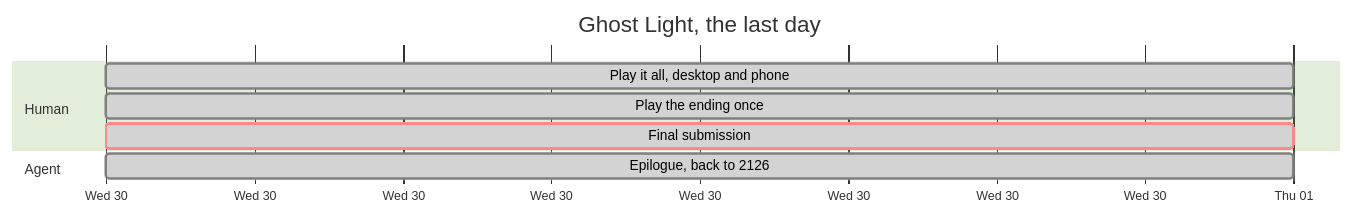
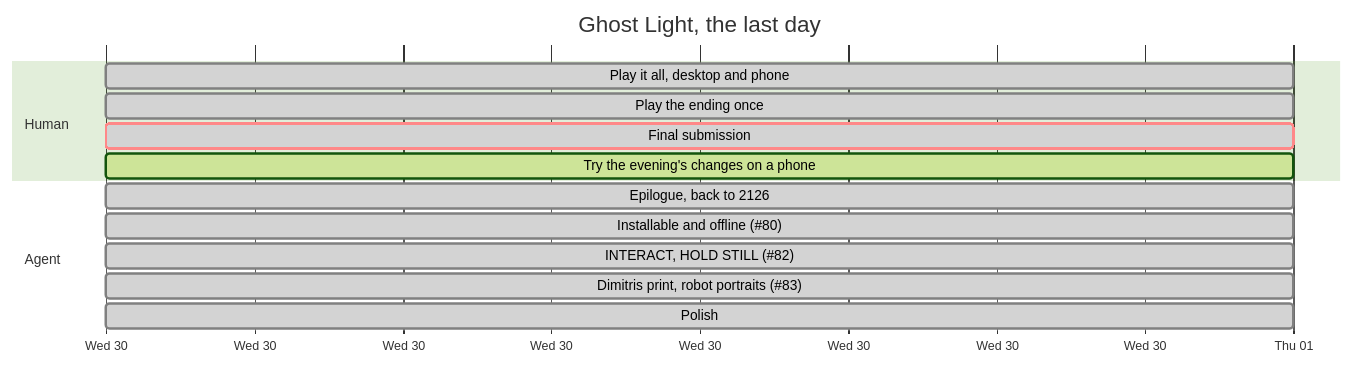
Before and after one commit to LoMagnette/ghost-light: the second of 2 diagrams in STATUS.md, drawn with Mermaid (forest theme). The commit also changed other lines of this file, not shown here.

Commit message:
docs(status): the evening in the timeline; nothing left in progress but the phone check

````diff
--- a/STATUS.md
+++ b/STATUS.md
@@ -201,12 +201,17 @@
 ```mermaid
 gantt
     title Ghost Light, the last day
     dateFormat YYYY-MM-DD
     axisFormat %a %d
     section Human
     Play it all, desktop and phone    :done, h1, 2026-09-30, 1d
     Play the ending once              :done, h4, 2026-09-30, 1d
     Final submission                  :done, crit, s2, 2026-09-30, 1d
+    Try the evening's changes on a phone :active, h5, 2026-09-30, 1d
     section Agent
     Epilogue, back to 2126            :done, g2, 2026-09-30, 1d
+    Installable and offline (#80)     :done, g3, 2026-09-30, 1d
+    INTERACT, HOLD STILL (#82)        :done, g4, 2026-09-30, 1d
+    Dimitris print, robot portraits (#83) :done, g5, 2026-09-30, 1d
+    Polish                            :done, g6, 2026-09-30, 1d
 ```
````
